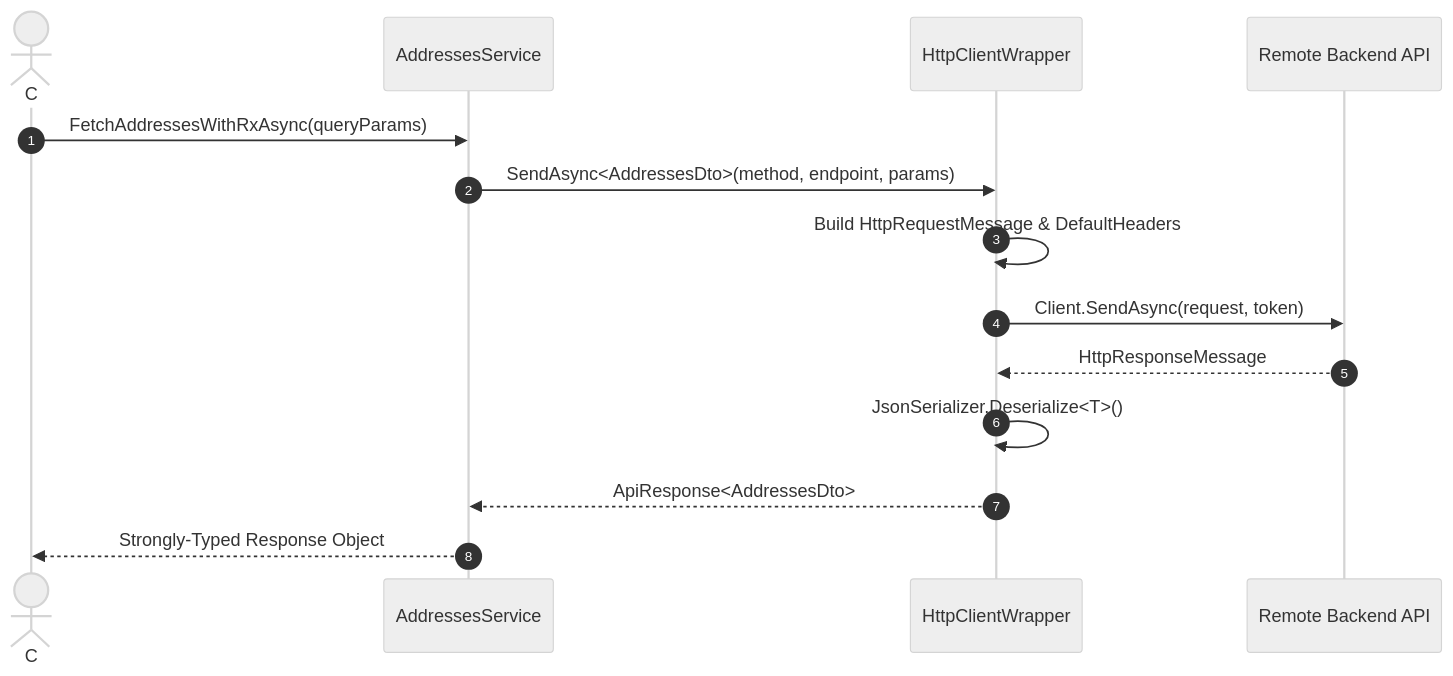
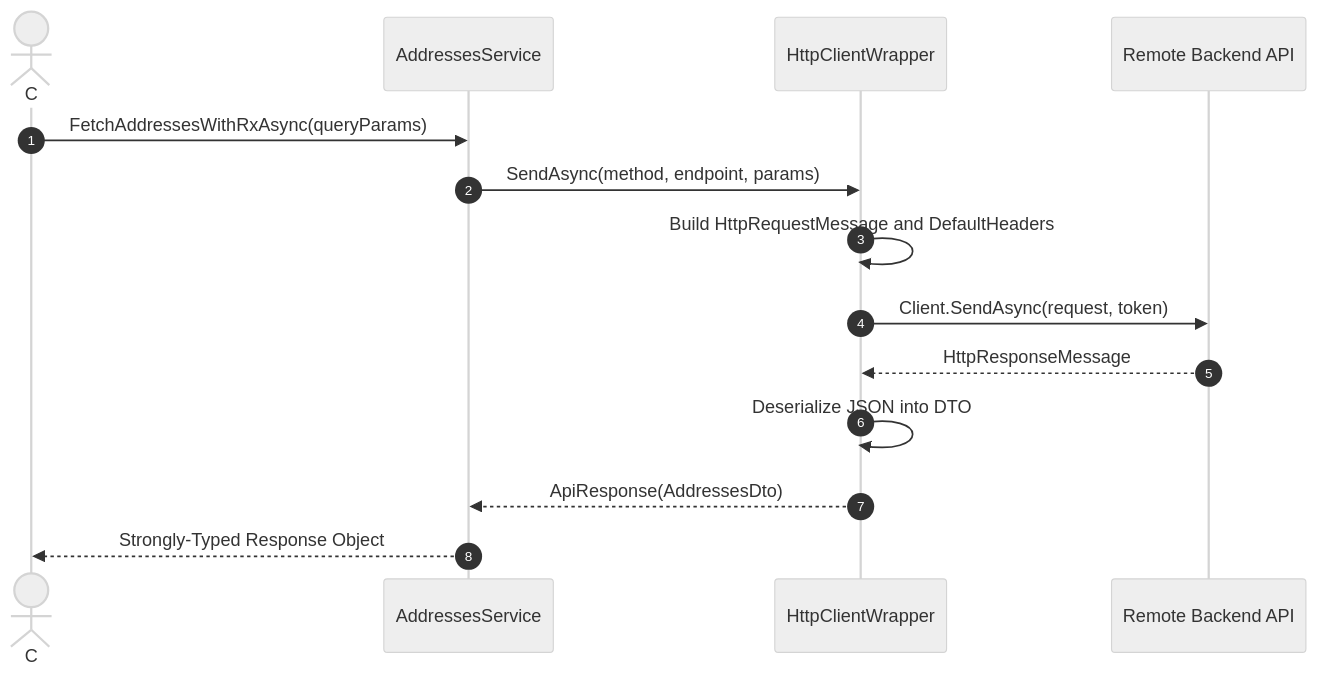
The diagram in docs/csharp.md (chahakshahcs5/retrofit-sdk-gen), drawn with Mermaid (neutral theme) before and after one commit. The commit also changed 13 other files, not shown here.

Commit message:
fix(docs): quote Mermaid edge labels and sanitize syntax for GitHub renderer

````diff
--- a/docs/csharp.md
+++ b/docs/csharp.md
@@ -38,17 +38,17 @@
 ```mermaid
 sequenceDiagram
     autonumber
     actor App as C# Application
     participant Svc as AddressesService
     participant Client as HttpClientWrapper
     participant Net as Remote Backend API
 
     App->>Svc: FetchAddressesWithRxAsync(queryParams)
-    Svc->>Client: SendAsync<AddressesDto>(method, endpoint, params)
-    Client->>Client: Build HttpRequestMessage & DefaultHeaders
+    Svc->>Client: SendAsync(method, endpoint, params)
+    Client->>Client: Build HttpRequestMessage and DefaultHeaders
     Client->>Net: Client.SendAsync(request, token)
     Net-->>Client: HttpResponseMessage
-    Client->>Client: JsonSerializer.Deserialize<T>()
-    Client-->>Svc: ApiResponse<AddressesDto>
+    Client->>Client: Deserialize JSON into DTO
+    Client-->>Svc: ApiResponse(AddressesDto)
     Svc-->>App: Strongly-Typed Response Object
 ```
````
